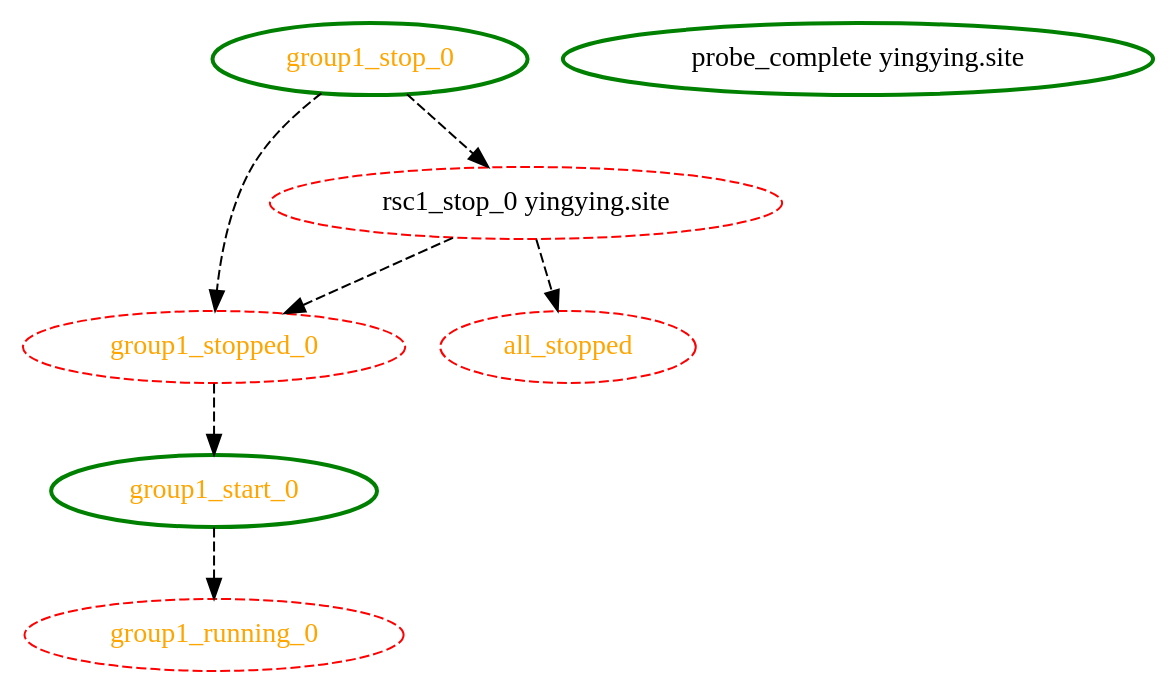
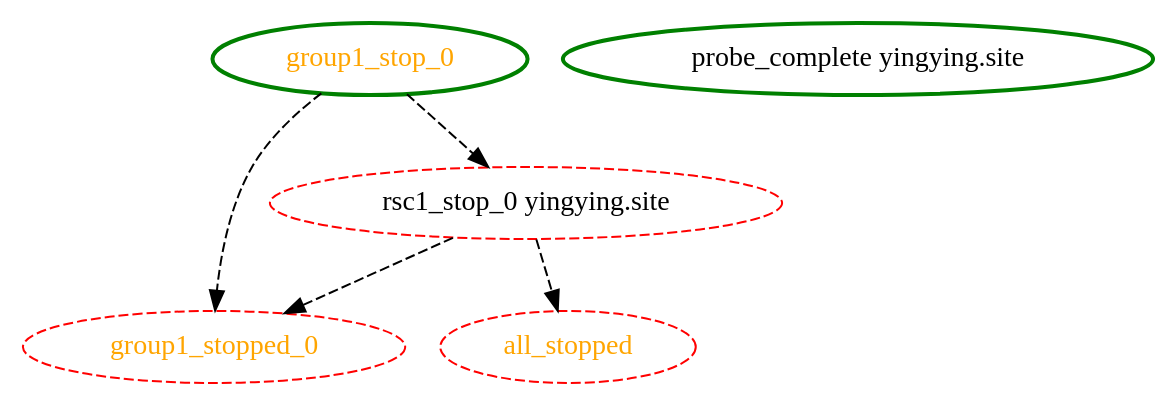
Before and after one commit to ClusterLabs/pacemaker: the diagram in pengine/test10/unmanaged-stop-3.dot, drawn with Graphviz. The commit also changed 7 other files, not shown here.

```diff
--- a/pengine/test10/unmanaged-stop-3.dot
+++ b/pengine/test10/unmanaged-stop-3.dot
@@ -1,15 +1,11 @@
 digraph "g" {
 "all_stopped" [ style=dashed color="red" fontcolor="orange"]
-"group1_running_0" [ style=dashed color="red" fontcolor="orange"]
-"group1_start_0" -> "group1_running_0" [ style = dashed]
-"group1_start_0" [ style=bold color="green" fontcolor="orange"]
 "group1_stop_0" -> "group1_stopped_0" [ style = dashed]
 "group1_stop_0" -> "rsc1_stop_0 yingying.site" [ style = dashed]
 "group1_stop_0" [ style=bold color="green" fontcolor="orange"]
-"group1_stopped_0" -> "group1_start_0" [ style = dashed]
 "group1_stopped_0" [ style=dashed color="red" fontcolor="orange"]
 "probe_complete yingying.site" [ style=bold color="green" fontcolor="black"]
 "rsc1_stop_0 yingying.site" -> "all_stopped" [ style = dashed]
 "rsc1_stop_0 yingying.site" -> "group1_stopped_0" [ style = dashed]
 "rsc1_stop_0 yingying.site" [ style=dashed color="red" fontcolor="black"]
 }
```
